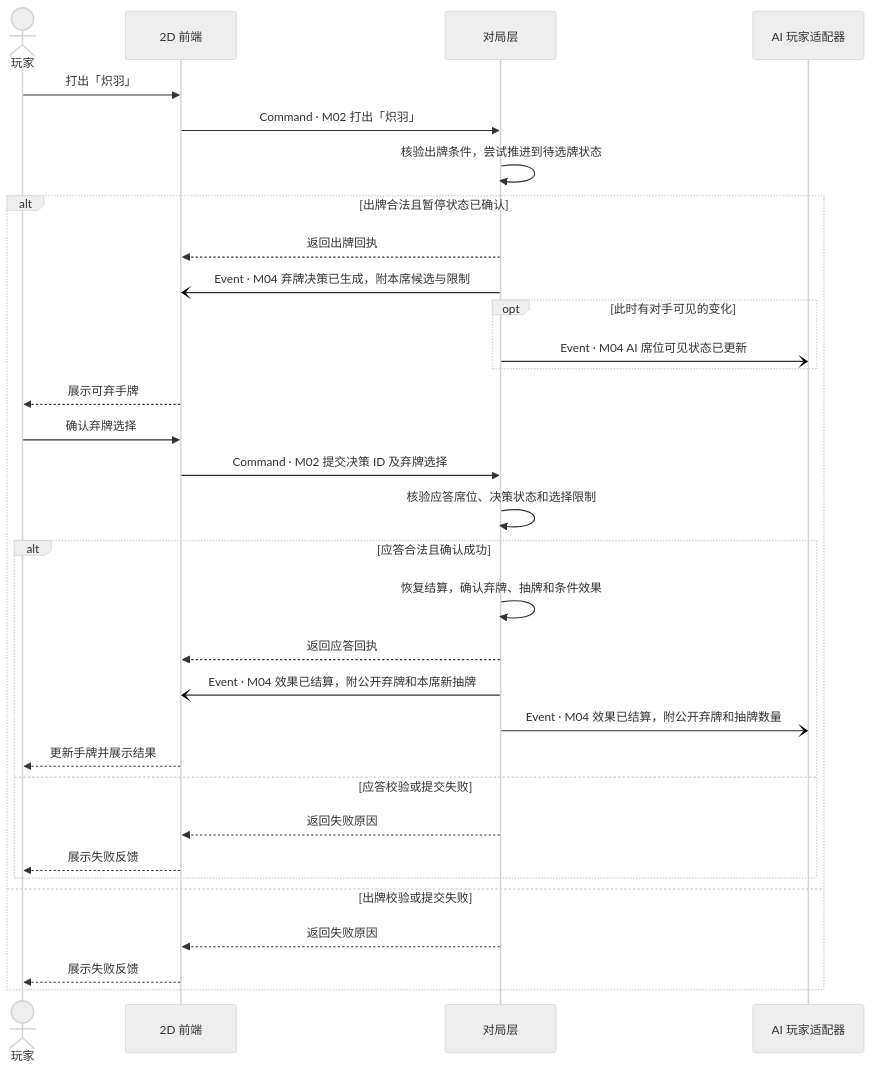
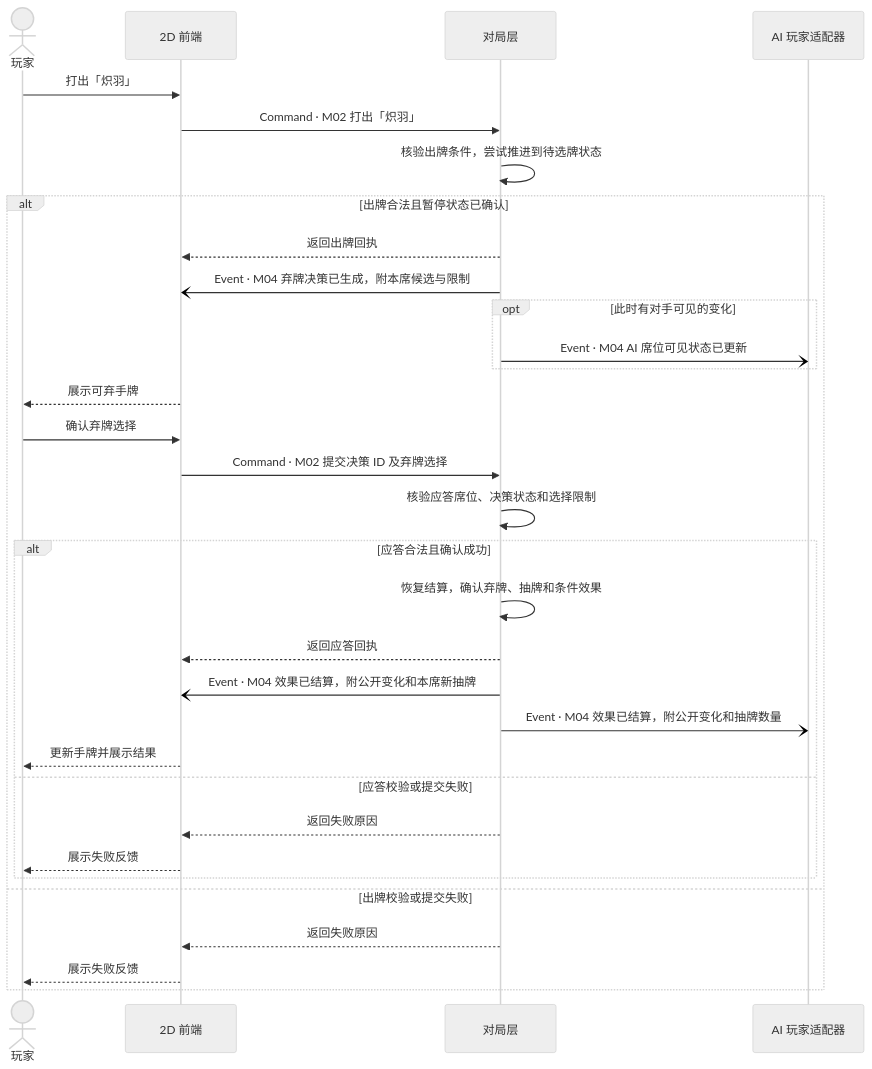
Before and after one commit to jigejiqiangshou/Critical-Provisional: the fourth of 10 diagrams in specs/001-offline-game-refactor/contracts/scenario-sequences.md, drawn with Mermaid (neutral theme). The commit also changed other lines of this file and 7 other files, not shown here.

````diff
--- a/specs/001-offline-game-refactor/contracts/scenario-sequences.md
+++ b/specs/001-offline-game-refactor/contracts/scenario-sequences.md
@@ -127,35 +127,35 @@
 ```mermaid
 sequenceDiagram
     actor P as 玩家
     participant F as 2D 前端
     participant G as 对局层
     participant A as AI 玩家适配器
 
     P->>F: 打出「炽羽」
     F->>G: Command · M02 打出「炽羽」
     G->>G: 核验出牌条件，尝试推进到待选牌状态
     alt 出牌合法且暂停状态已确认
         G-->>F: 返回出牌回执
         G-)F: Event · M04 弃牌决策已生成，附本席候选与限制
         opt 此时有对手可见的变化
             G-)A: Event · M04 AI 席位可见状态已更新
         end
         F-->>P: 展示可弃手牌
         P->>F: 确认弃牌选择
         F->>G: Command · M02 提交决策 ID 及弃牌选择
         G->>G: 核验应答席位、决策状态和选择限制
         alt 应答合法且确认成功
             G->>G: 恢复结算，确认弃牌、抽牌和条件效果
             G-->>F: 返回应答回执
-            G-)F: Event · M04 效果已结算，附公开弃牌和本席新抽牌
-            G-)A: Event · M04 效果已结算，附公开弃牌和抽牌数量
+            G-)F: Event · M04 效果已结算，附公开变化和本席新抽牌
+            G-)A: Event · M04 效果已结算，附公开变化和抽牌数量
             F-->>P: 更新手牌并展示结果
         else 应答校验或提交失败
             G-->>F: 返回失败原因
             F-->>P: 展示失败反馈
         end
     else 出牌校验或提交失败
         G-->>F: 返回失败原因
         F-->>P: 展示失败反馈
     end
 ```
````
